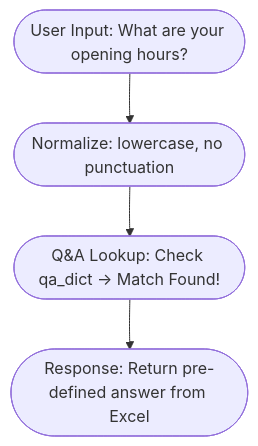
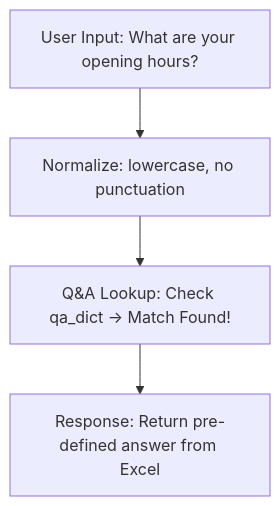
Diagram 14 of 15 in STEP_BY_STEP_GUIDE.md (chaitanyasaiyerra/Musuem-chatbot), drawn with Mermaid before and after one commit. The commit also changed other lines of this file and 1 other file, not shown here.

Commit message:
docs: wrap mermaid nodes in standard boxes with quotes to prevent text wrapping

````diff
--- a/STEP_BY_STEP_GUIDE.md
+++ b/STEP_BY_STEP_GUIDE.md
@@ -293,6 +293,6 @@
 ```mermaid
 graph TD
-    A([User Input: What are your opening hours?]) --> B([Normalize: lowercase, no punctuation])
-    B --> C([Q&A Lookup: Check qa_dict → Match Found!])
-    C --> D([Response: Return pre-defined answer from Excel])
+    A["User Input: What are your opening hours?"] --> B["Normalize: lowercase, no punctuation"]
+    B --> C["Q&A Lookup: Check qa_dict → Match Found!"]
+    C --> D["Response: Return pre-defined answer from Excel"]
 ```
````
